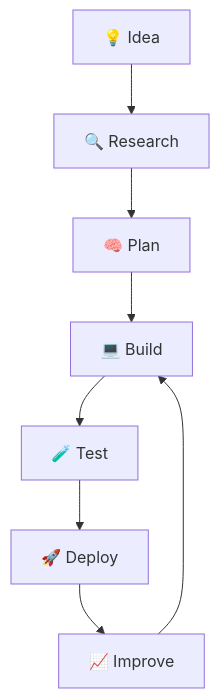
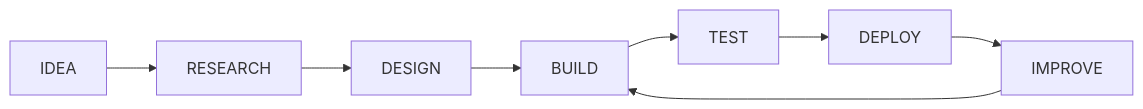
Before and after one commit to pranjaldubey009/pranjaldubey009: the diagram in README.md, drawn with Mermaid. The commit also changed other lines of this file, not shown here.

````diff
--- a/README.md
+++ b/README.md
@@ -304,10 +240,10 @@
 ```mermaid
-flowchart TD
-    A[💡 Idea] --> B[🔍 Research]
-    B --> C[🧠 Plan]
-    C --> D[💻 Build]
-    D --> E[🧪 Test]
-    E --> F[🚀 Deploy]
-    F --> G[📈 Improve]
+flowchart LR
+    A[IDEA] --> B[RESEARCH]
+    B --> C[DESIGN]
+    C --> D[BUILD]
+    D --> E[TEST]
+    E --> F[DEPLOY]
+    F --> G[IMPROVE]
     G --> D
 ```
````
